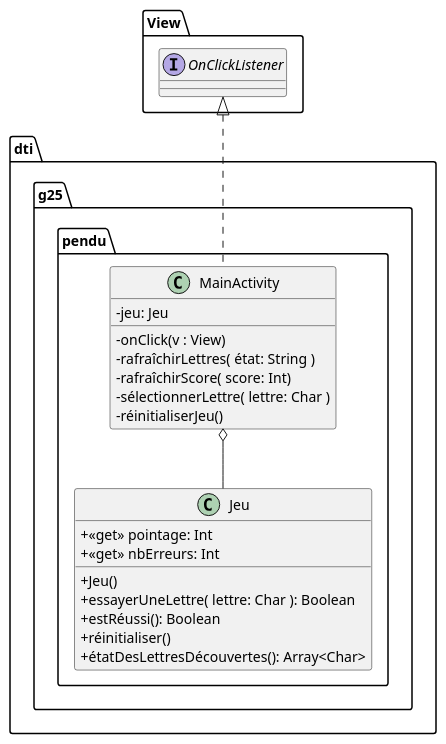
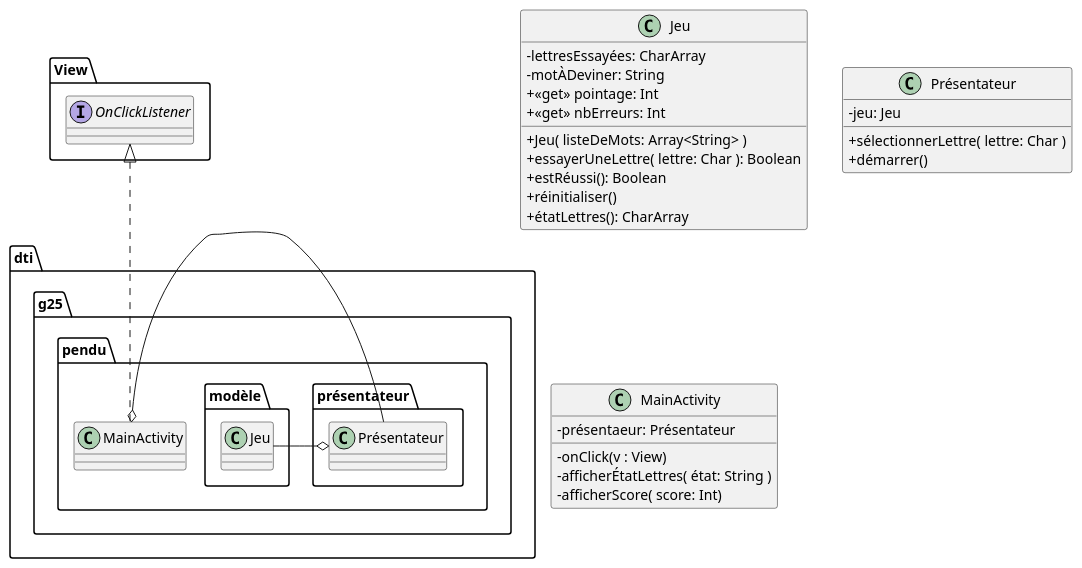
Before and after one commit to maelmane/Jeu-du-Pendu: the diagram in README.org, drawn with PlantUML. The commit also changed 35 other files, not shown here.

```diff
--- a/README.org
+++ b/README.org
@@ -32,32 +32,45 @@
 #+begin_src plantuml :file images/uml.png
 skinparam classAttributeIconSize 0
 
 interface View.OnClickListener
 
 package dti.g25.pendu {
-		
-	View.OnClickListener <|.. MainActivity
-	MainActivity o-- Jeu
-
-
+View.OnClickListener <|.. MainActivity
+}
+package dti.g25.pendu.présentateur {
+MainActivity o-r- Présentateur
+}
+package dti.g25.pendu.modèle {
+Présentateur o-r- Jeu
+}
 	class Jeu {
+		- lettresEssayées: CharArray
+		- motÀDeviner: String
 		+ << get >> pointage: Int
 		+ << get >> nbErreurs: Int
 
-		+ Jeu()
+
+		+ Jeu( listeDeMots: Array<String> )
 		+ essayerUneLettre( lettre: Char ): Boolean
 		+ estRéussi(): Boolean
 		+ réinitialiser()
-		+ étatDesLettresDécouvertes(): Array<Char>
+		+ étatLettres(): CharArray
 	}
 
+
+	class Présentateur {
+		- jeu: Jeu
+
+	        + sélectionnerLettre( lettre: Char )
+		+ démarrer()
+	}
+
+
 	class MainActivity {
-        - jeu: Jeu						
+                - présentaeur: Présentateur
 		- onClick(v : View)
-		- rafraîchirLettres( état: String )
-		- rafraîchirScore( score: Int)
-		- sélectionnerLettre( lettre: Char )
-		- réinitialiserJeu()
+		- afficherÉtatLettres( état: String )
+		- afficherScore( score: Int)
 	}
-}
+
 #+end_src
```
